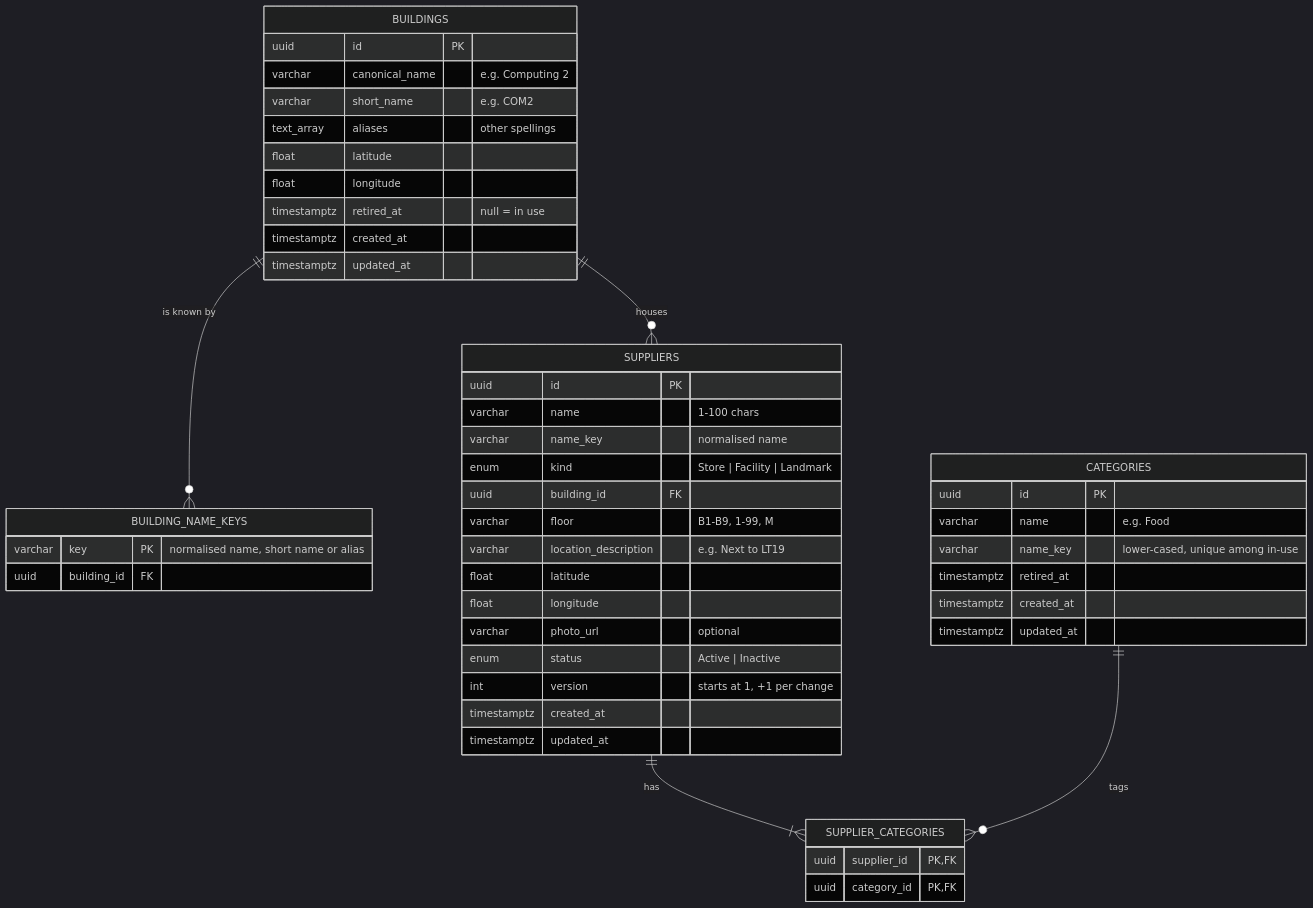
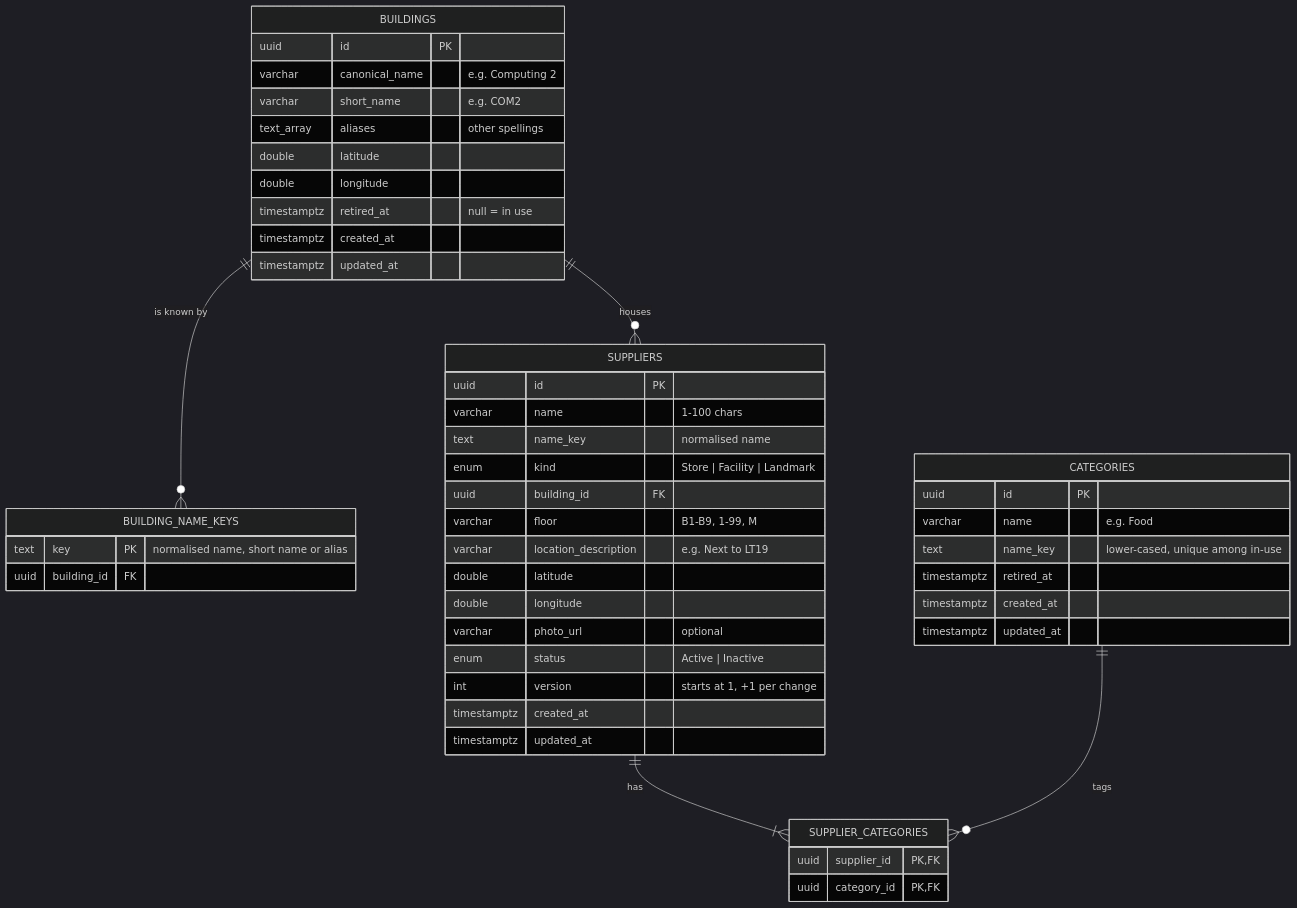
One commit to AY2627S1-CS3219-P27/FoC changed the first of 3 diagrams in supplier-service/README.md. Above: the diagram before and after it, drawn with Mermaid (dark theme). The commit also changed other lines of this file, not shown here.

First line of the commit message:
Clarify README schema notes for review

````diff
--- a/supplier-service/README.md
+++ b/supplier-service/README.md
@@ -86,51 +85,51 @@
 ```mermaid
 erDiagram
     BUILDINGS ||--o{ BUILDING_NAME_KEYS : "is known by"
     BUILDINGS ||--o{ SUPPLIERS : "houses"
     SUPPLIERS ||--|{ SUPPLIER_CATEGORIES : "has"
     CATEGORIES ||--o{ SUPPLIER_CATEGORIES : "tags"
 
     BUILDINGS {
         uuid id PK
         varchar canonical_name "e.g. Computing 2"
         varchar short_name "e.g. COM2"
         text_array aliases "other spellings"
-        float latitude
-        float longitude
+        double latitude
+        double longitude
         timestamptz retired_at "null = in use"
         timestamptz created_at
         timestamptz updated_at
     }
     BUILDING_NAME_KEYS {
-        varchar key PK "normalised name, short name or alias"
+        text key PK "normalised name, short name or alias"
         uuid building_id FK
     }
     CATEGORIES {
         uuid id PK
         varchar name "e.g. Food"
-        varchar name_key "lower-cased, unique among in-use"
+        text name_key "lower-cased, unique among in-use"
         timestamptz retired_at
         timestamptz created_at
         timestamptz updated_at
     }
     SUPPLIERS {
         uuid id PK
         varchar name "1-100 chars"
-        varchar name_key "normalised name"
+        text name_key "normalised name"
         enum kind "Store | Facility | Landmark"
         uuid building_id FK
         varchar floor "B1-B9, 1-99, M"
         varchar location_description "e.g. Next to LT19"
-        float latitude
-        float longitude
+        double latitude
+        double longitude
         varchar photo_url "optional"
         enum status "Active | Inactive"
         int version "starts at 1, +1 per change"
         timestamptz created_at
         timestamptz updated_at
     }
     SUPPLIER_CATEGORIES {
         uuid supplier_id PK, FK
         uuid category_id PK, FK
     }
 ```
````
